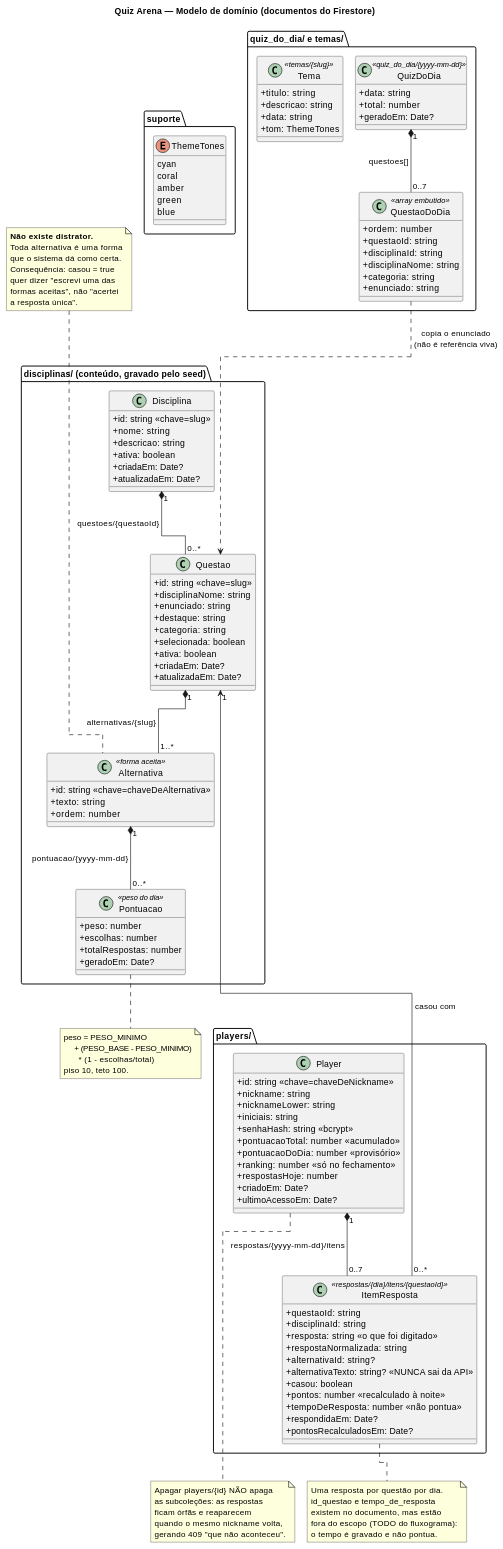
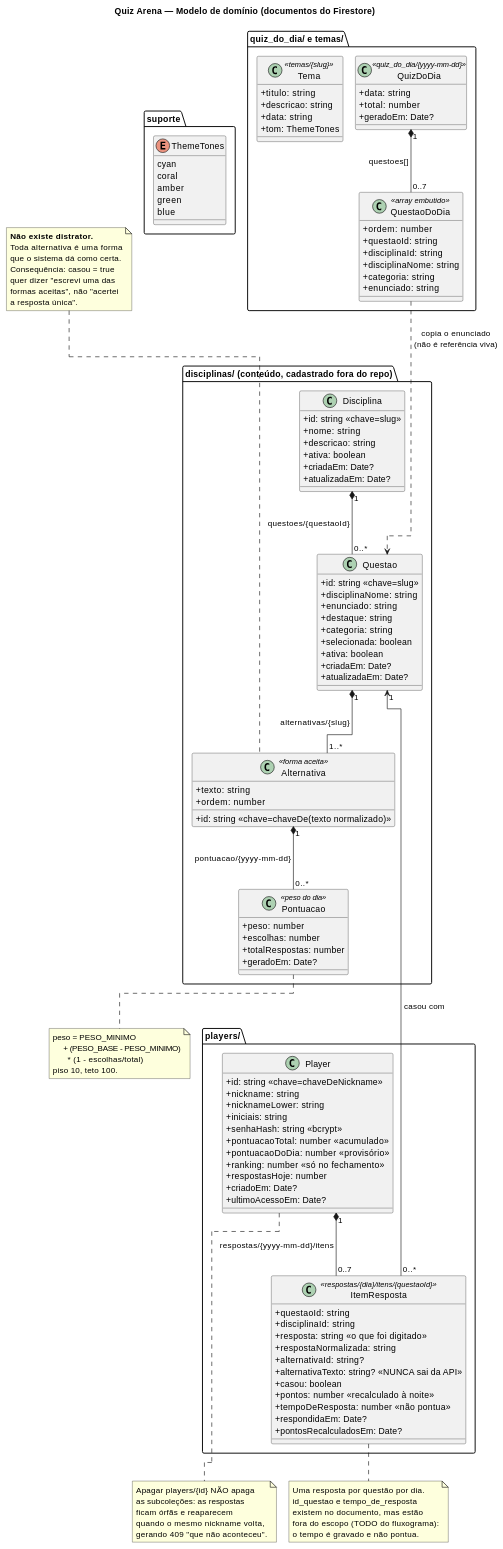
One commit to hashfall/quizarena changed the second of 15 diagrams in Quiz Arena — UML.md. Above: the diagram before and after it, drawn with PlantUML. The commit also changed other lines of this file and 11 other files, not shown here.

```diff
--- a/Quiz Arena — UML.md
+++ b/Quiz Arena — UML.md
@@ -156,7 +153,7 @@
 skinparam classAttributeIconSize 0
 skinparam shadowing false
 
-package "disciplinas/ (conteúdo, gravado pelo seed)" {
+package "disciplinas/ (conteúdo, cadastrado fora do repo)" {
   class Disciplina {
     +id: string <<chave=slug>>
     +nome: string
@@ -179,7 +176,7 @@
   }
 
   class Alternativa <<forma aceita>> {
-    +id: string <<chave=chaveDeAlternativa>>
+    +id: string <<chave=chaveDe(texto normalizado)>>
     +texto: string
     +ordem: number
   }
```
